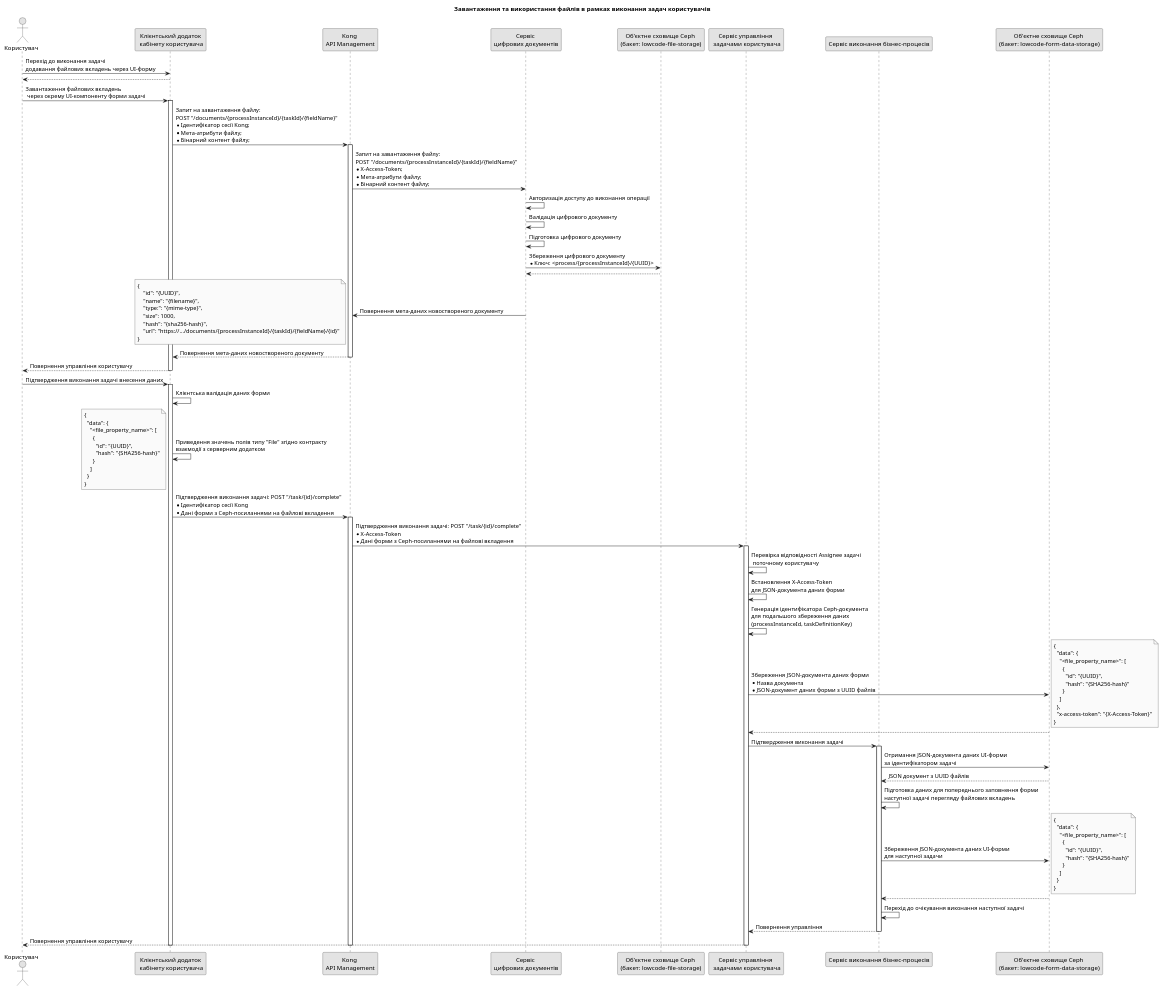
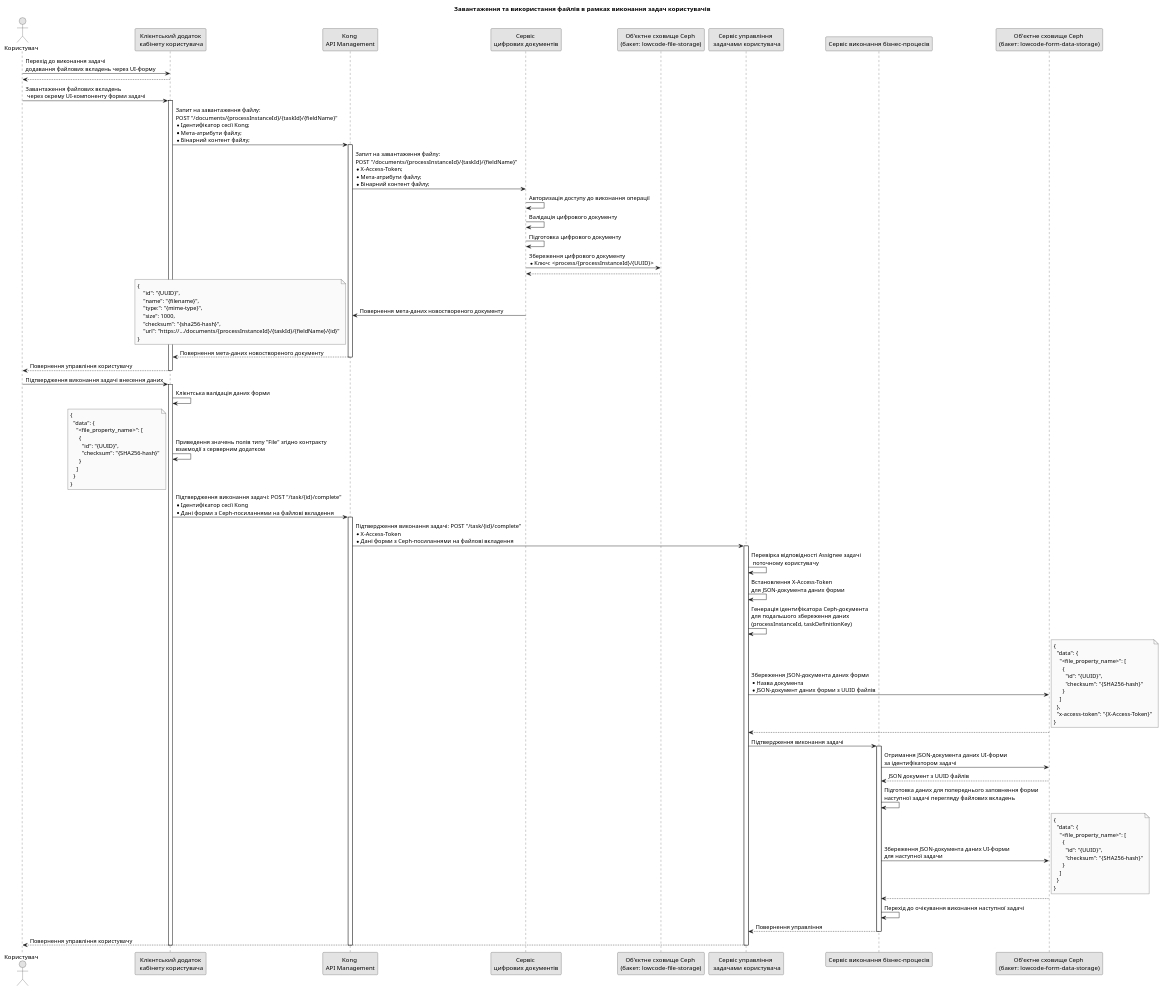
The diagram in modules/ROOT/partials/lowcode/file-upload.puml (epam/edp-ddm-architecture), drawn with PlantUML before and after one commit. The commit also changed 4 other files, not shown here.

```diff
--- a/modules/ROOT/partials/lowcode/file-upload.puml
+++ b/modules/ROOT/partials/lowcode/file-upload.puml
@@ -1,114 +1,114 @@
 @startuml
 skinparam monochrome true
 
 actor "Користувач" as user
 participant "Клієнтський додаток\n кабінету користувача" as cabinet
 participant "Kong \nAPI Management" as kong
 participant "Сервіс \nцифрових документів" as digital_documents
 participant "Об'єктне сховище Ceph \n(бакет: lowcode-file-storage)" as file_storage_ceph
 participant "Сервіс управління \n задачами користувача" as user_task_mngmnt
 participant "Сервіс виконання бізнес-процесів" as bpms
 participant "Об'єктне сховище Ceph \n(бакет: lowcode-form-data-storage)" as form_data_ceph
 
 skinparam responseMessageBelowArrow false
 title Завантаження та використання файлів в рамках виконання задач користувачів
 
 user -> cabinet: Перехід до виконання задачі \nдодавання файлових вкладень через UI-форму
 return
 
 user -> cabinet: Завантаження файлових вкладень\n через окрему UI-компоненту форми задачі
 activate cabinet
   cabinet -> kong: Запит на завантаження файлу: \nPOST "/documents/{processInstanceId}/{taskId}/{fieldName}" \n* Ідентифікатор сесії Kong; \n* Мета-атрибути файлу; \n* Бінарний контент файлу;
   activate kong
     kong -> digital_documents: Запит на завантаження файлу: \nPOST "/documents/{processInstanceId}/{taskId}/{fieldName}" \n* X-Access-Token; \n* Мета-атрибути файлу; \n* Бінарний контент файлу;
     digital_documents -> digital_documents: Авторизація доступу до виконання операції
     digital_documents -> digital_documents: Валідація цифрового документу
     digital_documents -> digital_documents: Підготовка цифрового документу
     digital_documents -> file_storage_ceph: Збереження цифрового документу \n* Ключ: <process/{processInstanceId}/{UUID}>
     file_storage_ceph --> digital_documents
     digital_documents -> kong: Повернення мета-даних новоствореного документу
     note left
       {
           "id": "{UUID}",
           "name": "{filename}",
           "type:": "{mime-type}",
           "size": 1000,
-          "hash": "{sha256-hash}",
+          "checksum": "{sha256-hash}",
           "url": "https://.../documents/{processInstanceId}/{taskId}/{fieldName}/{id}"
       }
     end note
     kong --> cabinet: Повернення мета-даних новоствореного документу
   deactivate kong
 return Повернення управління користувачу
 
 user -> cabinet: Підтвердження виконання задачі внесення даних
 activate cabinet
   cabinet -> cabinet: Клієнтська валідація даних форми
 
   cabinet -> cabinet: Приведення значень полів типу "File" згідно контракту \nвзаємодії з серверним додатком
   note left
     {
       "data": {
         "<file_property_name>": [
           {
             "id": "{UUID}",
-            "hash": "{SHA256-hash}"
+            "checksum": "{SHA256-hash}"
           }
         ]
       }
     }
   end note
 
   cabinet -> kong: Підтвердження виконання задачі: POST "/task/{id}/complete" \n*Ідентифікатор сесії Kong \n*Дані форми з Ceph-посиланнями на файлові вкладення
   activate kong
     kong -> user_task_mngmnt: Підтвердження виконання задачі: POST "/task/{id}/complete" \n* X-Access-Token \n*Дані форми з Ceph-посиланнями на файлові вкладення
     activate user_task_mngmnt
       user_task_mngmnt -> user_task_mngmnt: Перевірка відповідності Assignee задачі\n поточному користувачу
       user_task_mngmnt -> user_task_mngmnt: Встановлення X-Access-Token \nдля JSON-документа даних форми
 
       user_task_mngmnt -> user_task_mngmnt: Генерація ідентифікатора Ceph-документа \nдля подальшого збереження даних \n(processInstanceId, taskDefinitionKey)
       user_task_mngmnt -> form_data_ceph: Збереження JSON-документа даних форми \n* Назва документа \n* JSON-документ даних форми з UUID файлів
       note right
         {
           "data": {
             "<file_property_name>": [
               {
                 "id": "{UUID}",
-                "hash": "{SHA256-hash}"
+                "checksum": "{SHA256-hash}"
               }
             ]
           },
           "x-access-token": "{X-Access-Token}"
         }
       end note
 
       form_data_ceph --> user_task_mngmnt
 
       user_task_mngmnt -> bpms: Підтвердження виконання задачі
       activate bpms
         bpms -> form_data_ceph: Отримання JSON-документа даних UI-форми \nза ідентифікатором задачі
         form_data_ceph --> bpms: JSON документ з UUID файлів
         bpms -> bpms: Підготовка даних для попереднього заповнення форми \nнаступної задачі перегляду файлових вкладень
         bpms -> form_data_ceph: Збереження JSON-документа даних UI-форми \nдля наступної задачи
         note right
           {
             "data": {
               "<file_property_name>": [
                 {
                   "id": "{UUID}",
-                  "hash": "{SHA256-hash}"
+                  "checksum": "{SHA256-hash}"
                 }
               ]
             }
           }
         end note
 
         form_data_ceph --> bpms
         bpms -> bpms: Перехід до очікування виконання наступної задачі
       return Повернення управління
       user_task_mngmnt --> user: Повернення управління користувачу
     deactivate
   deactivate
 deactivate
 
 @enduml
```
